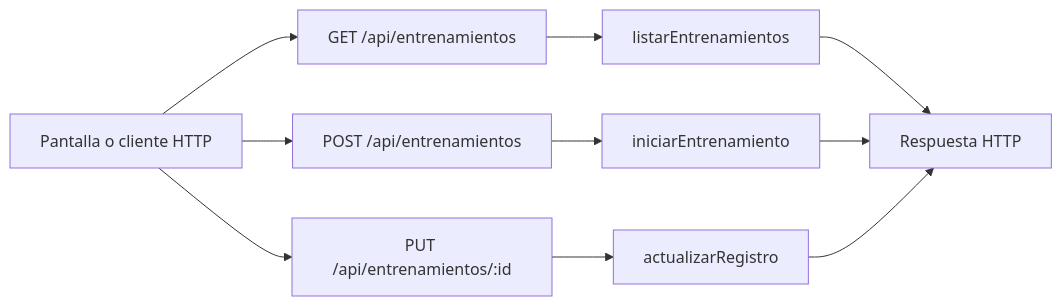
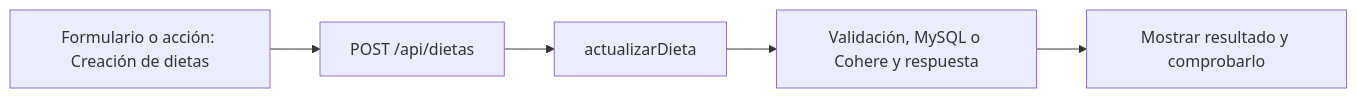
One commit to tomimeno0/GYM-OS-Preentrega-75 changed the diagram in guias/03-ivan-lerner.md. Above: the diagram before and after it, drawn with Mermaid. The commit also changed other lines of this file and 12 other files, not shown here.

````diff
--- a/guias/03-ivan-lerner.md
+++ b/guias/03-ivan-lerner.md
@@ -17,13 +13,8 @@
 ```mermaid
 flowchart LR
-  P["Pantalla o cliente HTTP"]
-  P --> E0["GET /api/entrenamientos"]
-  E0 --> F0["listarEntrenamientos"]
-  F0 --> R["Respuesta HTTP"]
-  P --> E1["POST /api/entrenamientos"]
-  E1 --> F1["iniciarEntrenamiento"]
-  F1 --> R["Respuesta HTTP"]
-  P --> E2["PUT /api/entrenamientos/:id"]
-  E2 --> F2["actualizarRegistro"]
-  F2 --> R["Respuesta HTTP"]
+  U["Formulario o acción: Creación de dietas"]
+  U --> E0["POST /api/dietas"]
+  E0 --> H0["actualizarDieta"]
+  H0 --> R["Validación, MySQL o Cohere y respuesta"]
+  R --> C["Mostrar resultado y comprobarlo"]
 ```
````
